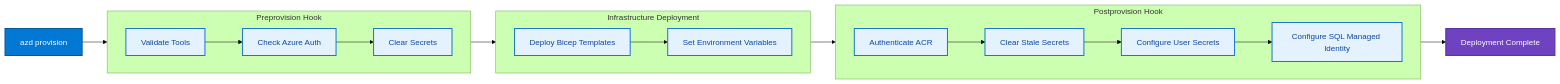
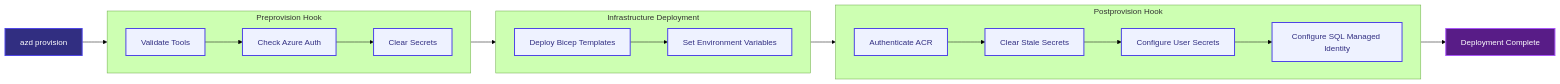
Before and after one commit to Evilazaro/Azure-LogicApps-Monitoring: the third of 3 diagrams in docs/hooks/README.md, drawn with Mermaid (forest theme). The commit also changed other lines of this file and 11 other files, not shown here.

Commit message:
feat(docs): Update diagrams with modern color palette for improved accessibility and clarity

````diff
--- a/docs/hooks/README.md
+++ b/docs/hooks/README.md
@@ -711,36 +711,36 @@
 ```mermaid
 flowchart LR
     Start[azd provision] --> PrepHook
 
     subgraph PrepHook["Preprovision Hook"]
         direction LR
         ValidateTools[Validate Tools] --> CheckAuth[Check Azure Auth]
         CheckAuth --> ClearSecrets[Clear Secrets]
     end
 
     PrepHook --> Deploy
 
     subgraph Deploy["Infrastructure Deployment"]
         direction LR
         DeployBicep[Deploy Bicep Templates] --> SetEnvVars[Set Environment Variables]
     end
 
     Deploy --> PostHook
 
     subgraph PostHook["Postprovision Hook"]
         direction LR
         AuthACR[Authenticate ACR] --> ClearStale[Clear Stale Secrets]
         ClearStale --> ConfigSecrets[Configure User Secrets]
         ConfigSecrets --> ConfigSQL[Configure SQL Managed Identity]
     end
 
     PostHook --> Complete[Deployment Complete]
 
-    classDef startNode fill:#0078d4,stroke:#005a9e,stroke-width:2px,color:#fff
-    classDef completeNode fill:#6f42c1,stroke:#5a32a3,stroke-width:2px,color:#fff
-    classDef process fill:#e3f2fd,stroke:#1976d2,stroke-width:2px,color:#0d47a1
+    classDef startNode fill:#312E81,stroke:#4F46E5,stroke-width:2px,color:#fff
+    classDef completeNode fill:#581C87,stroke:#A855F7,stroke-width:2px,color:#fff
+    classDef process fill:#EEF2FF,stroke:#4F46E5,stroke-width:2px,color:#312E81
 
     class Start startNode
     class Complete completeNode
     class ValidateTools,CheckAuth,ClearSecrets,DeployBicep,SetEnvVars,AuthACR,ClearStale,ConfigSecrets,ConfigSQL process
 ```
````
